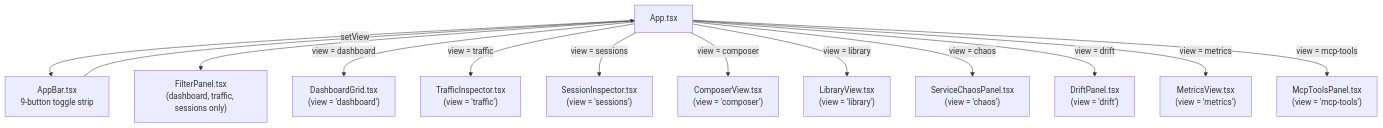
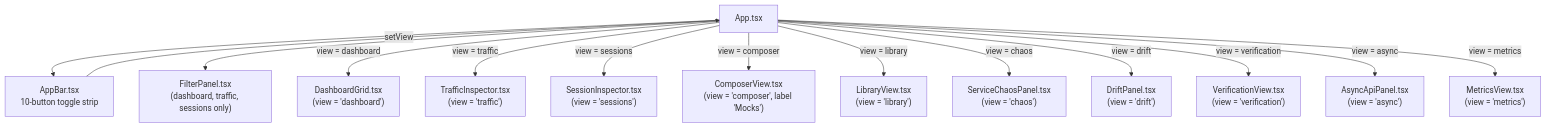
The fourth of 7 diagrams in docs/code/dashboard-ui.md (weotr/mockserver-monorepo), drawn with Mermaid before and after one commit. The commit also changed other lines of this file and 2 other files, not shown here.

First line of the commit message:
docs(internal): sync dashboard-ui doc with the ten-view UI

````diff
--- a/docs/code/dashboard-ui.md
+++ b/docs/code/dashboard-ui.md
@@ -111,39 +112,42 @@
 ```mermaid
 graph TB
     APP["App.tsx"]
     AB["AppBar.tsx
-9-button toggle strip"]
+10-button toggle strip"]
     FP["FilterPanel.tsx
 (dashboard, traffic, sessions only)"]
     DG["DashboardGrid.tsx
 (view = 'dashboard')"]
     TI["TrafficInspector.tsx
 (view = 'traffic')"]
     SI["SessionInspector.tsx
 (view = 'sessions')"]
     CV["ComposerView.tsx
-(view = 'composer')"]
+(view = 'composer', label 'Mocks')"]
     LV["LibraryView.tsx
 (view = 'library')"]
     SCP["ServiceChaosPanel.tsx
 (view = 'chaos')"]
     DP["DriftPanel.tsx
 (view = 'drift')"]
+    VV["VerificationView.tsx
+(view = 'verification')"]
+    AAP["AsyncApiPanel.tsx
+(view = 'async')"]
     MV["MetricsView.tsx
 (view = 'metrics')"]
-    MTP["McpToolsPanel.tsx
-(view = 'mcp-tools')"]
 
     APP --> AB
     APP --> FP
     AB -->|setView| APP
     APP -->|view = dashboard| DG
     APP -->|view = traffic| TI
     APP -->|view = sessions| SI
     APP -->|view = composer| CV
     APP -->|view = library| LV
     APP -->|view = chaos| SCP
     APP -->|view = drift| DP
+    APP -->|view = verification| VV
+    APP -->|view = async| AAP
     APP -->|view = metrics| MV
-    APP -->|view = mcp-tools| MTP
 ```
````
